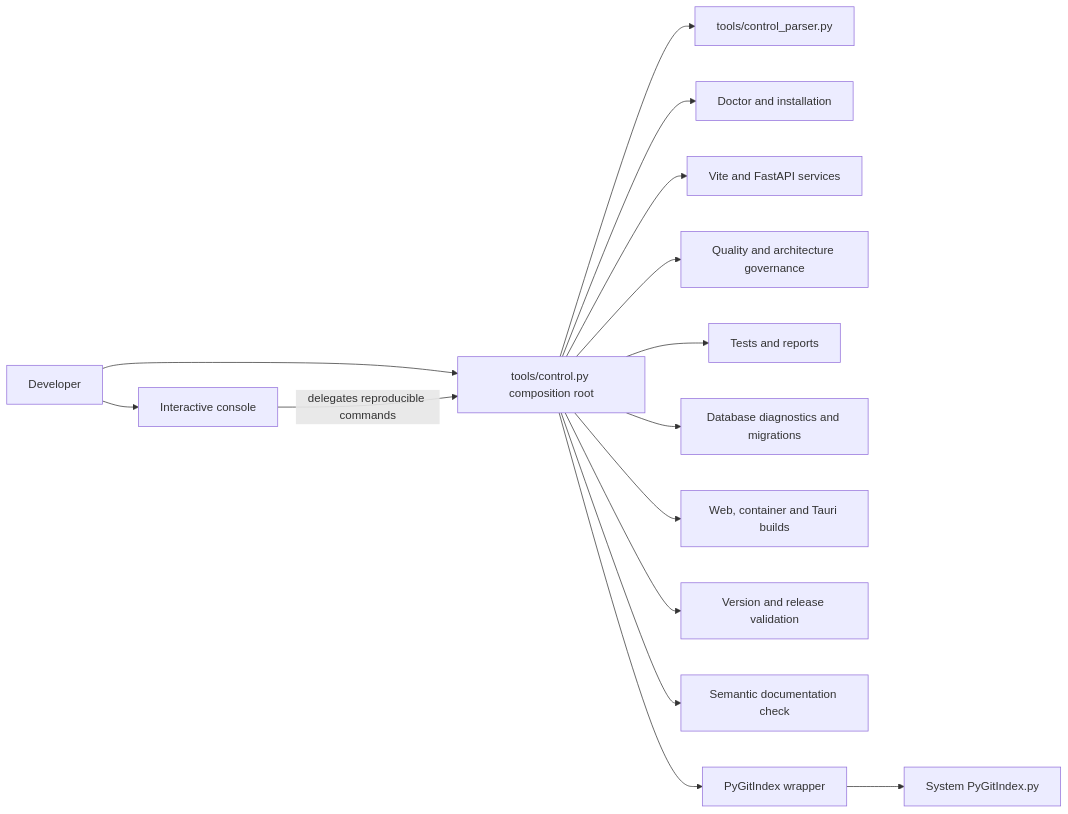
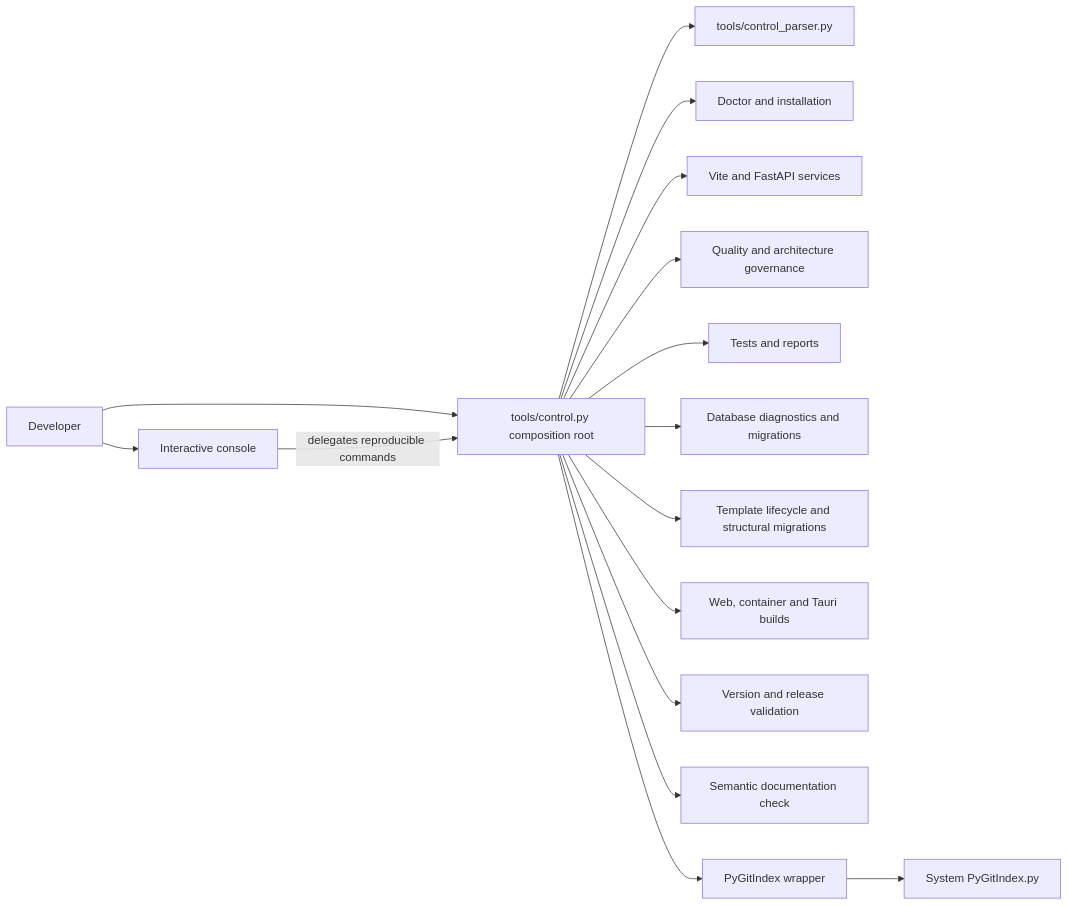
Before and after one commit to kleiveist/Template-Projekte: the sixth of 8 diagrams in docs/def/architecture.md, drawn with Mermaid. The commit also changed other lines of this file and 61 other files, not shown here.

Commit message:
✨ Add template lifecycle tooling and docs

````diff
--- a/docs/def/architecture.md
+++ b/docs/def/architecture.md
@@ -214,32 +214,34 @@
 ```mermaid
 flowchart LR
     Developer[Developer]
     Console[Interactive console]
     CLI[tools/control.py composition root]
     Parser[tools/control_parser.py]
     Environment[Doctor and installation]
     Services[Vite and FastAPI services]
     Governance[Quality and architecture governance]
     Tests[Tests and reports]
     Database[Database diagnostics and migrations]
+    Lifecycle[Template lifecycle and structural migrations]
     Builds[Web, container and Tauri builds]
     Delivery[Version and release validation]
     DocsCheck[Semantic documentation check]
     DocsIndex[PyGitIndex wrapper]
     SystemIndex[System PyGitIndex.py]
 
     Developer --> CLI
     Developer --> Console
     Console -->|delegates reproducible commands| CLI
     CLI --> Parser
     CLI --> Environment
     CLI --> Services
     CLI --> Governance
     CLI --> Tests
     CLI --> Database
+    CLI --> Lifecycle
     CLI --> Builds
     CLI --> Delivery
     CLI --> DocsCheck
     CLI --> DocsIndex
     DocsIndex --> SystemIndex
 ```
````
